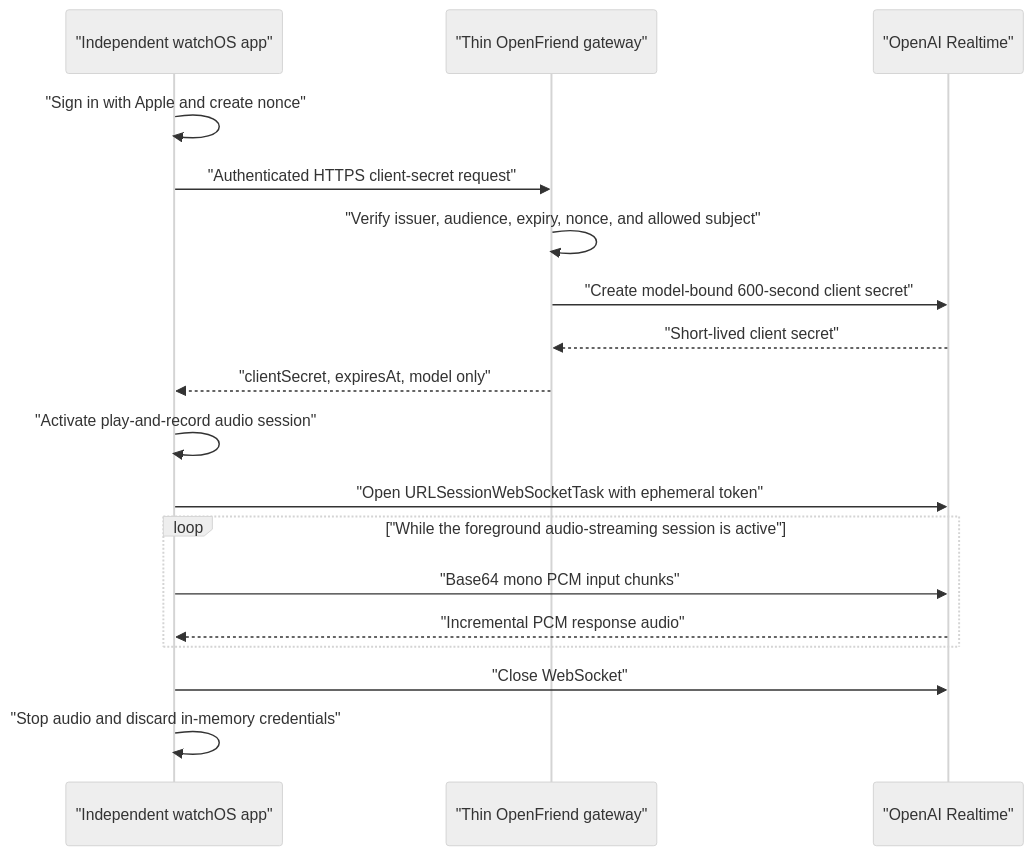
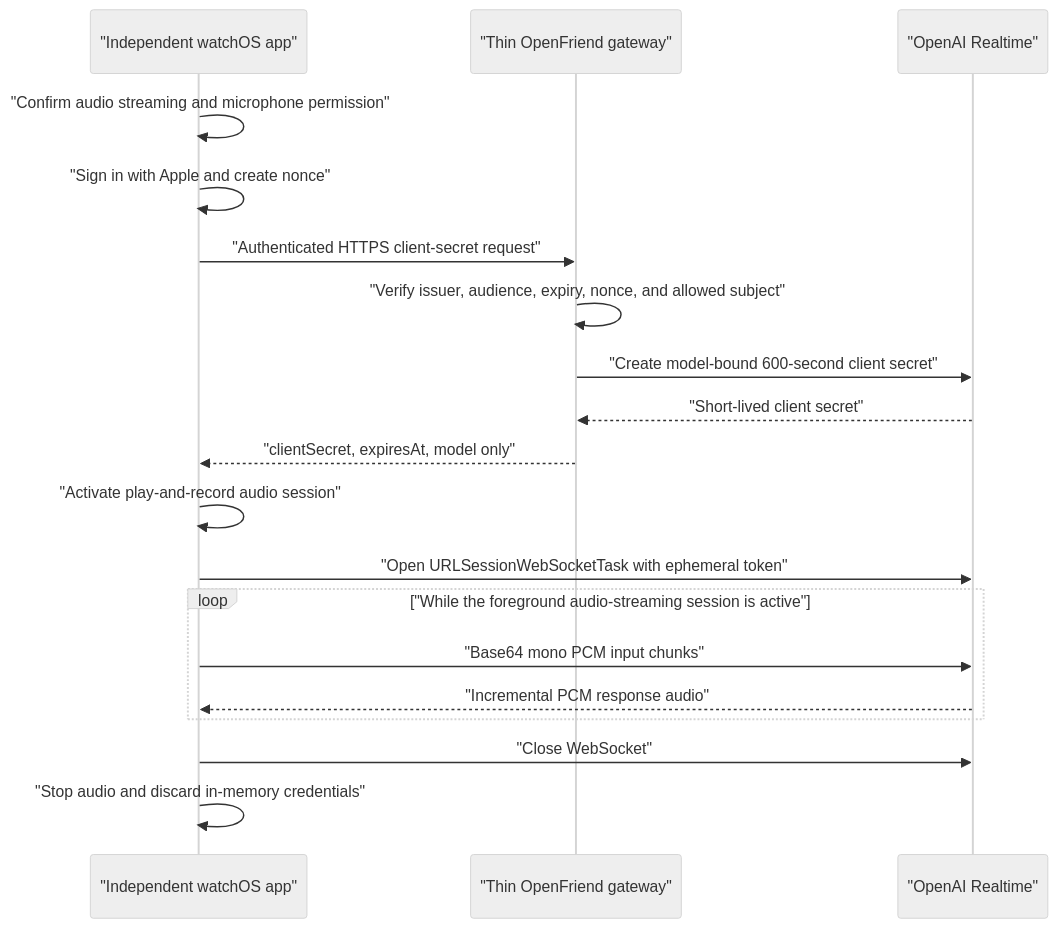
Before and after one commit to andrewsiah/openfriend: the diagram in docs/plans/2026-07-27-phase-2-watch-conversation-design.md, drawn with Mermaid (neutral theme). The commit also changed other lines of this file, not shown here.

Commit message:
docs: align watch startup ordering

````diff
--- a/docs/plans/2026-07-27-phase-2-watch-conversation-design.md
+++ b/docs/plans/2026-07-27-phase-2-watch-conversation-design.md
@@ -23,21 +23,22 @@
 ```mermaid
 sequenceDiagram
     participant Watch as "Independent watchOS app"
     participant Gateway as "Thin OpenFriend gateway"
     participant OpenAI as "OpenAI Realtime"
 
+    Watch->>Watch: "Confirm audio streaming and microphone permission"
     Watch->>Watch: "Sign in with Apple and create nonce"
     Watch->>Gateway: "Authenticated HTTPS client-secret request"
     Gateway->>Gateway: "Verify issuer, audience, expiry, nonce, and allowed subject"
     Gateway->>OpenAI: "Create model-bound 600-second client secret"
     OpenAI-->>Gateway: "Short-lived client secret"
     Gateway-->>Watch: "clientSecret, expiresAt, model only"
     Watch->>Watch: "Activate play-and-record audio session"
     Watch->>OpenAI: "Open URLSessionWebSocketTask with ephemeral token"
     loop "While the foreground audio-streaming session is active"
         Watch->>OpenAI: "Base64 mono PCM input chunks"
         OpenAI-->>Watch: "Incremental PCM response audio"
     end
     Watch->>OpenAI: "Close WebSocket"
     Watch->>Watch: "Stop audio and discard in-memory credentials"
 ```
````
